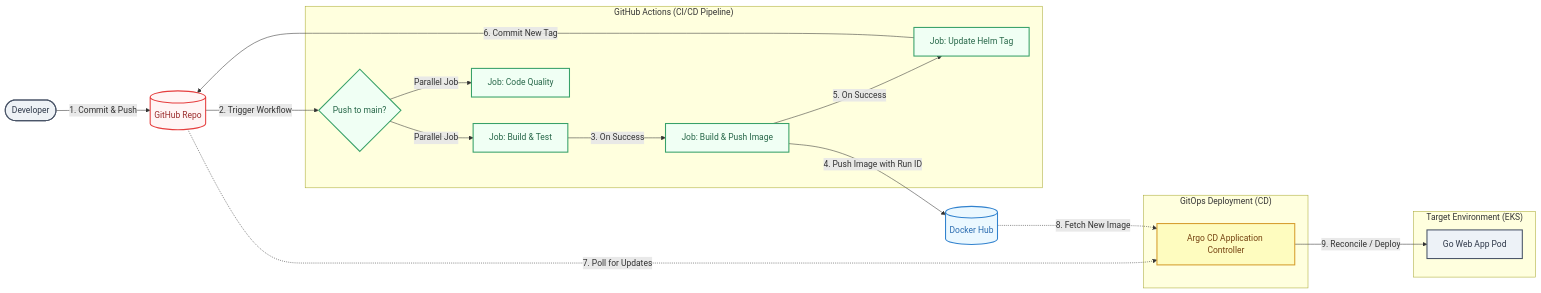
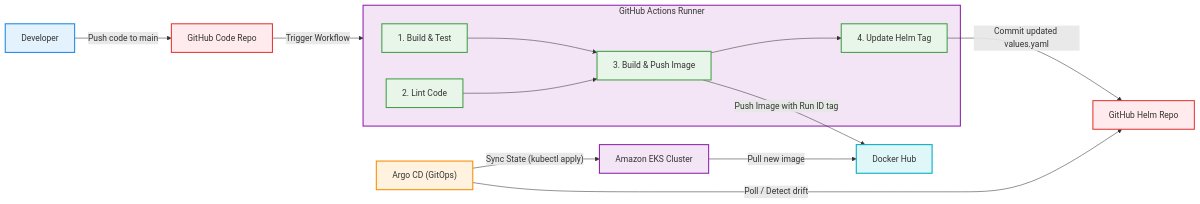
Before and after one commit to Sanket006/golang-eks-gitops-pipeline: the second of 3 diagrams in docs/architecture-diagrams.md, drawn with Mermaid. The commit also changed other lines of this file, not shown here.

Commit message:
docs: add architecture diagrams for AWS, CI/CD, and Kubernetes

````diff
--- a/docs/architecture-diagrams.md
+++ b/docs/architecture-diagrams.md
@@ -100,46 +54,38 @@
 ```mermaid
 graph LR
-    %% Define Styles
-    classDef dev fill:#EEF2F6,stroke:#4A5568,stroke-width:2px,color:#2D3748;
-    classDef git fill:#FFF5F5,stroke:#E53E3E,stroke-width:2px,color:#9B2C2C;
-    classDef gha fill:#F0FFF4,stroke:#38A169,stroke-width:2px,color:#276749;
-    classDef docker fill:#EBF8FF,stroke:#3182CE,stroke-width:2px,color:#2B6CB0;
-    classDef argo fill:#FEFCBF,stroke:#D69E2E,stroke-width:2px,color:#744210;
-    classDef eks fill:#EDF2F7,stroke:#4A5568,stroke-width:2px,color:#2D3748;
+    %% Styling definitions
+    classDef actor fill:#e3f2fd,stroke:#1e88e5,stroke-width:2px;
+    classDef git fill:#ffebee,stroke:#e53935,stroke-width:2px;
+    classDef ci fill:#e8f5e9,stroke:#43a047,stroke-width:2px;
+    classDef registry fill:#e0f7fa,stroke:#00acc1,stroke-width:2px;
+    classDef cd fill:#fff3e0,stroke:#fb8c00,stroke-width:2px;
+    classDef cluster fill:#f3e5f5,stroke:#8e24aa,stroke-width:2px;
 
-    Developer([Developer]):::dev
-    GitHub[(GitHub Repo)]:::git
-    DockerHub[(Docker Hub)]:::docker
-
-    subgraph CI ["GitHub Actions (CI/CD Pipeline)"]
-        Trigger{Push to main?}:::gha
-        Build[Job: Build & Test]:::gha
-        Lint[Job: Code Quality]:::gha
-        Push[Job: Build & Push Image]:::gha
-        Update[Job: Update Helm Tag]:::gha
+    Dev["Developer"]:::actor
+    GitHub["GitHub Code Repo"]:::git
+    
+    subgraph GHA["GitHub Actions Runner"]
+        CI_Build["1. Build & Test"]:::ci
+        CI_Lint["2. Lint Code"]:::ci
+        CI_Push["3. Build & Push Image"]:::ci
+        CI_UpdateTag["4. Update Helm Tag"]:::ci
     end
 
-    subgraph CD ["GitOps Deployment (CD)"]
-        ArgoCD[Argo CD Application Controller]:::argo
-    end
+    DockerHub["Docker Hub"]:::registry
+    HelmConfig["GitHub Helm Repo"]:::git
+    ArgoCD["Argo CD (GitOps)"]:::cd
+    EKS["Amazon EKS Cluster"]:::cluster
 
-    subgraph Cluster ["Target Environment (EKS)"]
-        AppPod[Go Web App Pod]:::eks
-    end
-
-    Developer -->|1. Commit & Push| GitHub
-    GitHub -->|2. Trigger Workflow| Trigger
+    Dev -- "Push code to main" --> GitHub
+    GitHub -- "Trigger Workflow" --> GHA
     
-    Trigger -->|Parallel Job| Build
-    Trigger -->|Parallel Job| Lint
+    CI_Build --> CI_Push
+    CI_Lint --> CI_Push
+    CI_Push -- "Push Image with Run ID tag" --> DockerHub
+    CI_Push --> CI_UpdateTag
+    CI_UpdateTag -- "Commit updated values.yaml" --> HelmConfig
     
-    Build -->|3. On Success| Push
-    Push -->|4. Push Image with Run ID| DockerHub
-    Push -->|5. On Success| Update
-    
-    Update -->|6. Commit New Tag| GitHub
-    
-    GitHub -.->|7. Poll for Updates| ArgoCD
-    DockerHub -.->|8. Fetch New Image| ArgoCD
-    ArgoCD -->|9. Reconcile / Deploy| AppPod
+    ArgoCD -- "Poll / Detect drift" --> HelmConfig
+    ArgoCD -- "Sync State (kubectl apply)" --> EKS
+    EKS -- "Pull new image" --> DockerHub
 ```
````
